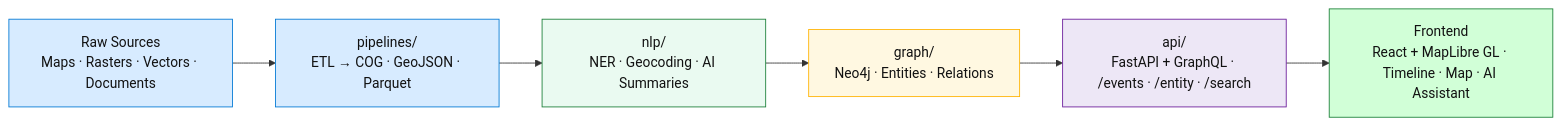
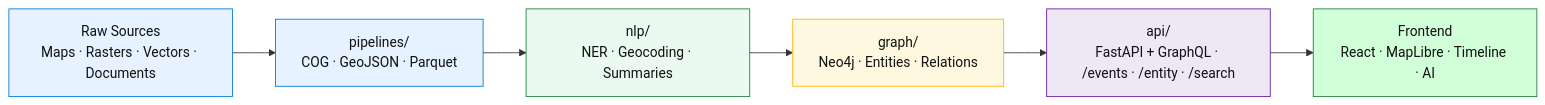
One commit to bartytime4life/Kansas-Frontier-Matrix changed the diagram in src/README.md. Above: the diagram before and after it, drawn with Mermaid. The commit also changed other lines of this file, not shown here.

````diff
--- a/src/README.md
+++ b/src/README.md
@@ -91,20 +74,14 @@
 ```mermaid
 flowchart LR
-  A["Raw Sources<br/>Maps · Rasters · Vectors · Documents"] --> B["pipelines/<br/>ETL → COG · GeoJSON · Parquet"]
-  B --> C["nlp/<br/>NER · Geocoding · AI Summaries"]
+  A["Raw Sources<br/>Maps · Rasters · Vectors · Documents"] --> B["pipelines/<br/>COG · GeoJSON · Parquet"]
+  B --> C["nlp/<br/>NER · Geocoding · Summaries"]
   C --> D["graph/<br/>Neo4j · Entities · Relations"]
   D --> E["api/<br/>FastAPI + GraphQL · /events · /entity · /search"]
-  E --> F["Frontend<br/>React + MapLibre GL · Timeline · Map · AI Assistant"]
-
-  classDef src fill:#d7ebff,stroke:#0078d4,color:#111;
-  classDef ai fill:#eafaf1,stroke:#1a7f37,color:#111;
-  classDef kg fill:#fff8e1,stroke:#ffb300,color:#111;
-  classDef api fill:#ede7f6,stroke:#6a1b9a,color:#111;
-  classDef ui fill:#d1ffd7,stroke:#1a7f37,color:#111;
-
-  class A,B src;
-  class C ai;
-  class D kg;
-  class E api;
-  class F ui;
+  E --> F["Frontend<br/>React · MapLibre · Timeline · AI"]
+  classDef a fill:#e6f2ff,stroke:#0078d4,color:#111;
+  classDef b fill:#eafaf1,stroke:#1a7f37,color:#111;
+  classDef c fill:#fff8e1,stroke:#ffb300,color:#111;
+  classDef d fill:#ede7f6,stroke:#6a1b9a,color:#111;
+  classDef e fill:#d1ffd7,stroke:#1a7f37,color:#111;
+  class A,B a; class C b; class D c; class E d; class F e;
 ```
````
